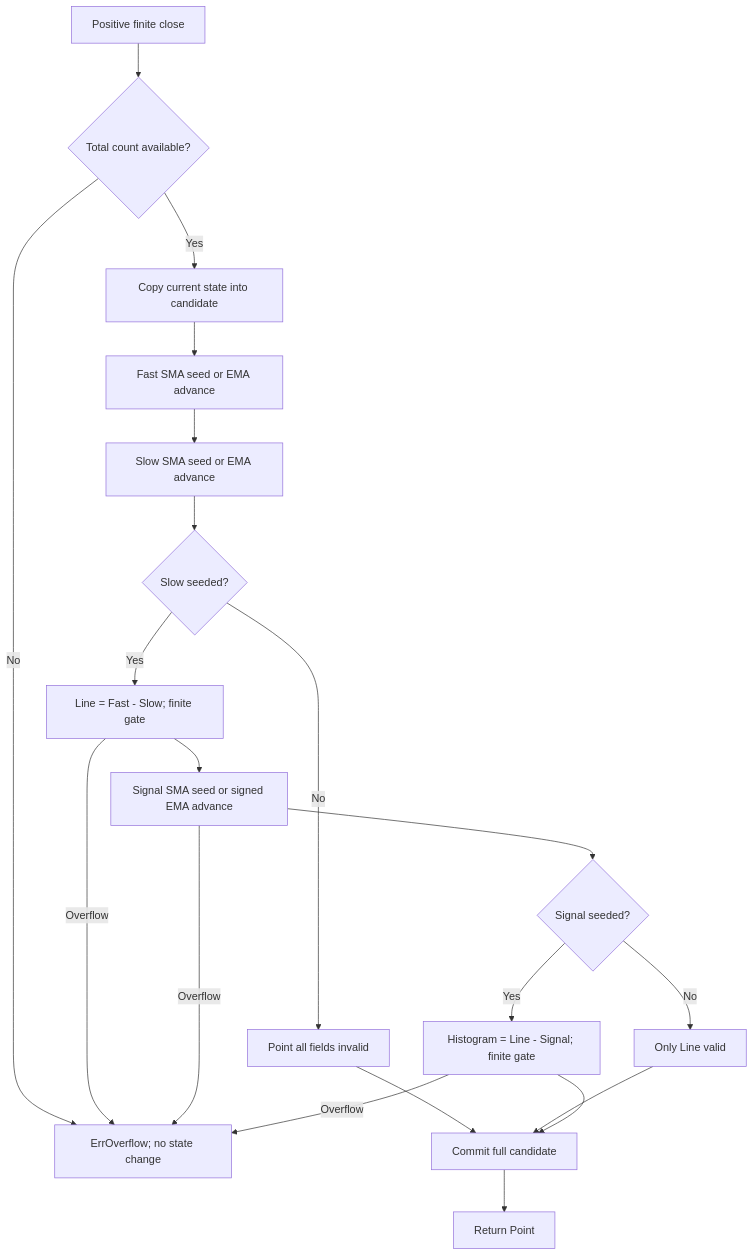
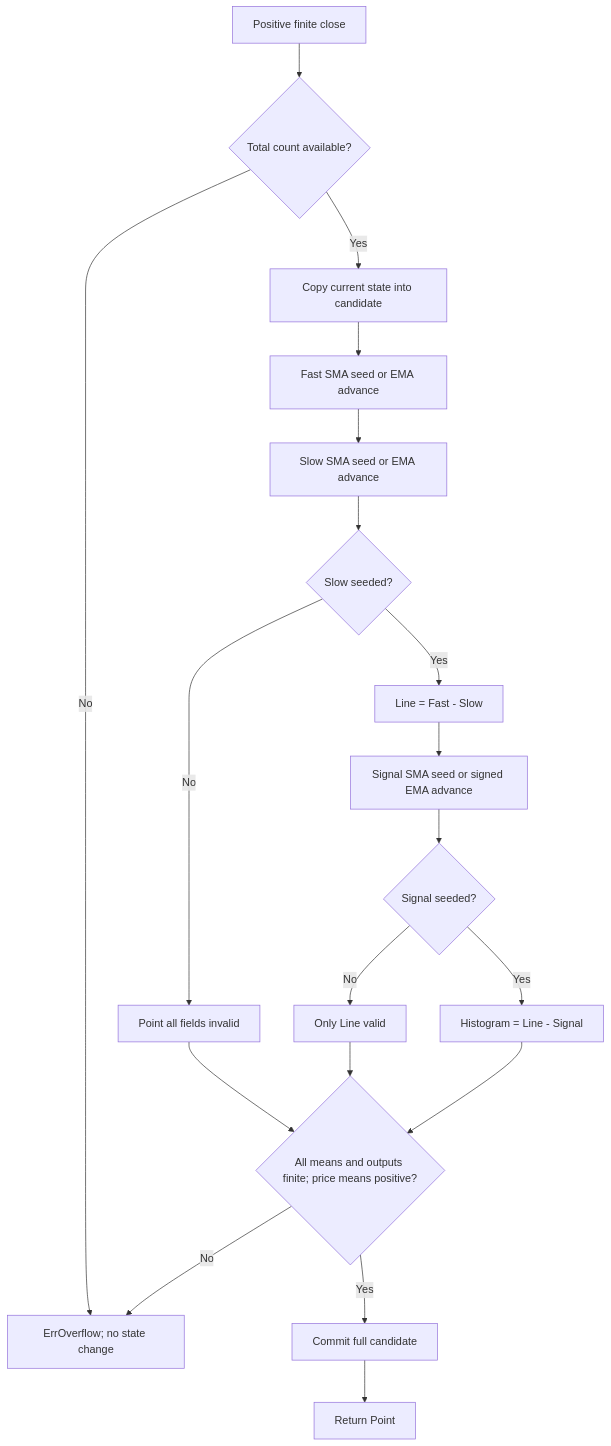
The first of 3 diagrams in docs/MACD.md (lvlath/go), drawn with Mermaid before and after one commit. The commit also changed other lines of this file and 18 other files, not shown here.

````diff
--- a/docs/MACD.md
+++ b/docs/MACD.md
@@ -177,22 +177,21 @@
 ```mermaid
 flowchart TD
     A[Positive finite close] --> B{Total count available?}
     B -- No --> Z[ErrOverflow; no state change]
     B -- Yes --> C[Copy current state into candidate]
     C --> D[Fast SMA seed or EMA advance]
     D --> E[Slow SMA seed or EMA advance]
     E --> F{Slow seeded?}
     F -- No --> G[Point all fields invalid]
-    F -- Yes --> H[Line = Fast - Slow; finite gate]
+    F -- Yes --> H[Line = Fast - Slow]
     H --> I[Signal SMA seed or signed EMA advance]
     I --> J{Signal seeded?}
     J -- No --> K[Only Line valid]
-    J -- Yes --> L[Histogram = Line - Signal; finite gate]
-    G --> M[Commit full candidate]
-    K --> M
-    L --> M
-    H -- Overflow --> Z
-    I -- Overflow --> Z
-    L -- Overflow --> Z
+    J -- Yes --> L[Histogram = Line - Signal]
+    G --> V{All means and outputs finite; price means positive?}
+    K --> V
+    L --> V
+    V -- No --> Z
+    V -- Yes --> M[Commit full candidate]
     M --> N[Return Point]
 ```
````
